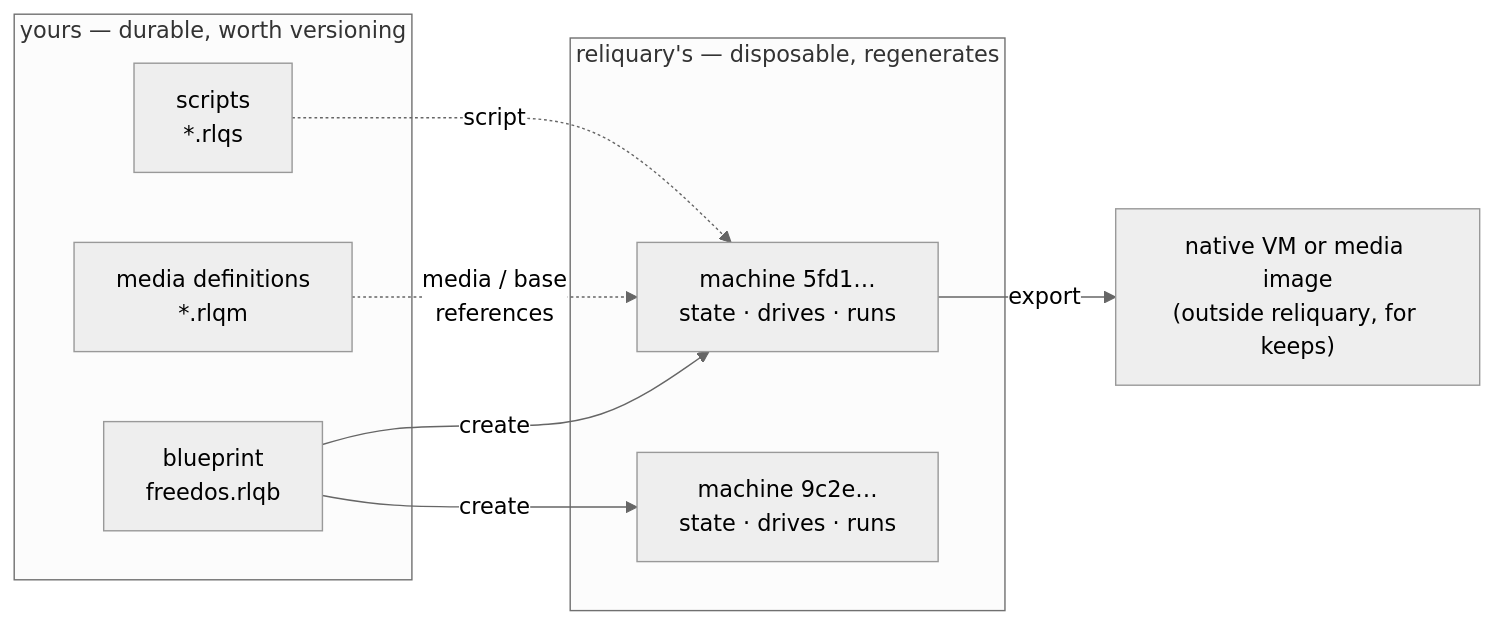
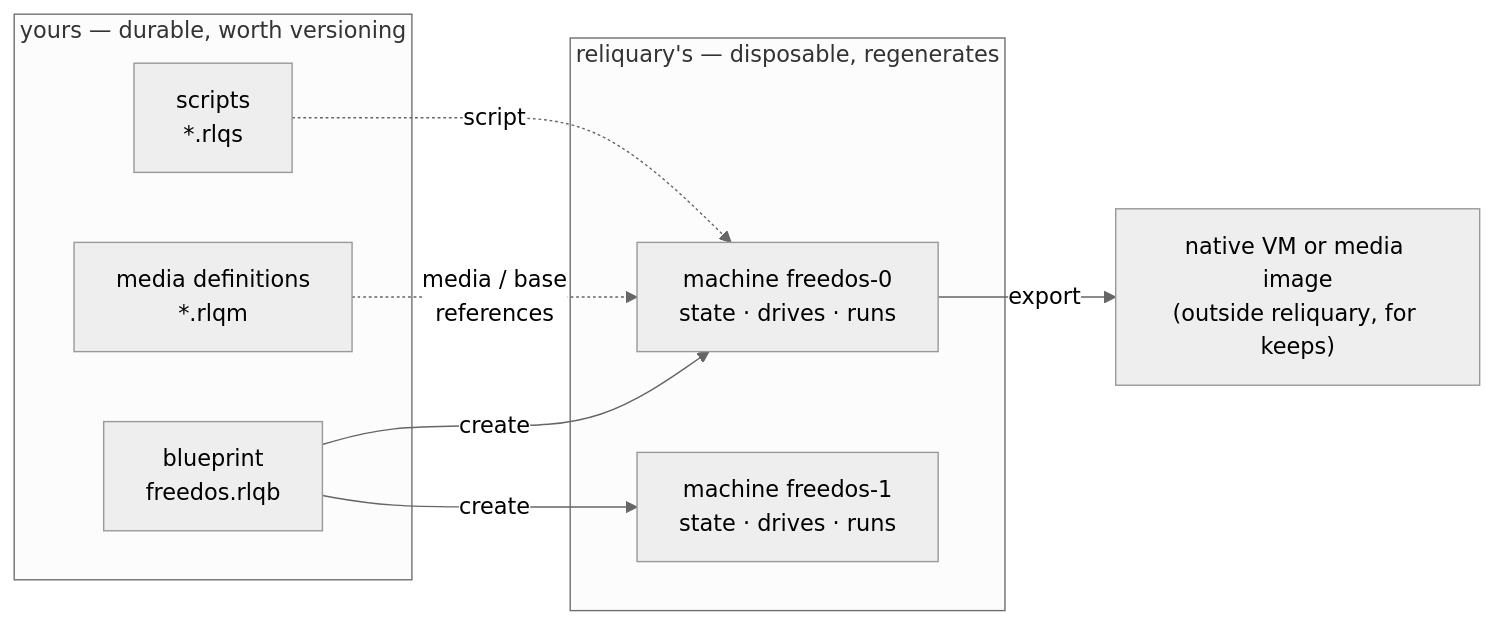
The first of 2 diagrams in planning/design/machine-blueprint.md (ferroteca/reliquary), drawn with Mermaid (neutral theme) before and after one commit. The commit also changed other lines of this file and 10 other files, not shown here.

````diff
--- a/planning/design/machine-blueprint.md
+++ b/planning/design/machine-blueprint.md
@@ -28,17 +28,17 @@
 ```mermaid
 flowchart LR
     subgraph yours["yours — durable, worth versioning"]
         BP["blueprint<br/>freedos.rlqb"]
         MED["media definitions<br/>*.rlqm"]
         SCR["scripts<br/>*.rlqs"]
     end
     subgraph reliquarys["reliquary's — disposable, regenerates"]
-        M1["machine 5fd1…<br/>state · drives · runs"]
-        M2["machine 9c2e…<br/>state · drives · runs"]
+        M1["machine freedos-0<br/>state · drives · runs"]
+        M2["machine freedos-1<br/>state · drives · runs"]
     end
     BP -- "create" --> M1
     BP -- "create" --> M2
     MED -. "media / base<br/>references" .-> M1
     SCR -. "script" .-> M1
     M1 -- "export" --> OUT["native VM or media image<br/>(outside reliquary, for keeps)"]
 ```
````
